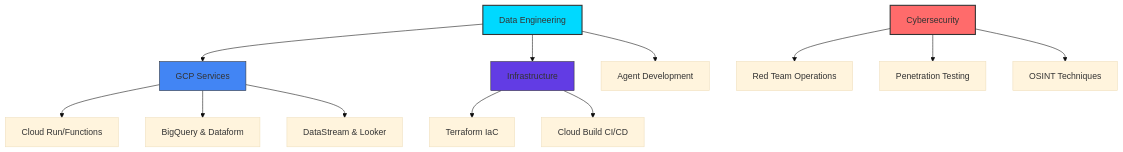
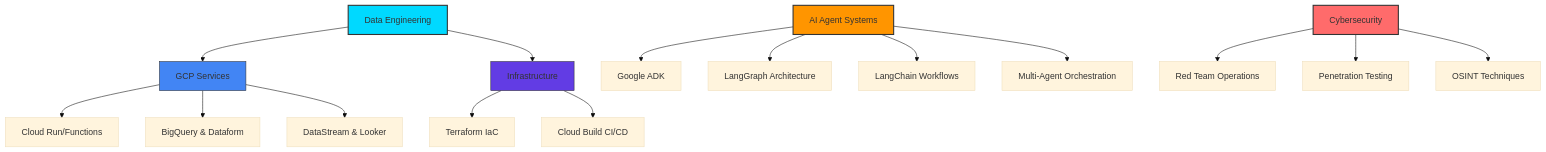
The diagram in README.md (juand-gv/juand-gv), drawn with Mermaid (base theme) before and after one commit. The commit also changed other lines of this file, not shown here.

Commit message:
Mod: Adding Agent Development

````diff
--- a/README.md
+++ b/README.md
@@ -90,22 +97,26 @@
 ```mermaid
 graph TD
     A[Data Engineering] --> B[GCP Services]
     B --> B1[Cloud Run/Functions]
     B --> B2[BigQuery & Dataform]
     B --> B3[DataStream & Looker]
     
     A --> C[Infrastructure]
     C --> C1[Terraform IaC]
     C --> C2[Cloud Build CI/CD]
     
-    A --> D[Agent Development]
+    D[AI Agent Systems] --> E[Google ADK]
+    D --> F[LangGraph Architecture]
+    D --> G[LangChain Workflows]
+    D --> H[Multi-Agent Orchestration]
     
-    F[Cybersecurity] --> G[Red Team Operations]
-    F --> H[Penetration Testing]
-    F --> I[OSINT Techniques]
+    I[Cybersecurity] --> J[Red Team Operations]
+    I --> K[Penetration Testing]
+    I --> L[OSINT Techniques]
     
     style A fill:#00D9FF,stroke:#333,stroke-width:2px
-    style F fill:#FF6B6B,stroke:#333,stroke-width:2px
+    style D fill:#FF9500,stroke:#333,stroke-width:2px
+    style I fill:#FF6B6B,stroke:#333,stroke-width:2px
     style B fill:#4285F4,stroke:#333,stroke-width:1px
     style C fill:#623CE4,stroke:#333,stroke-width:1px
 ```
````
